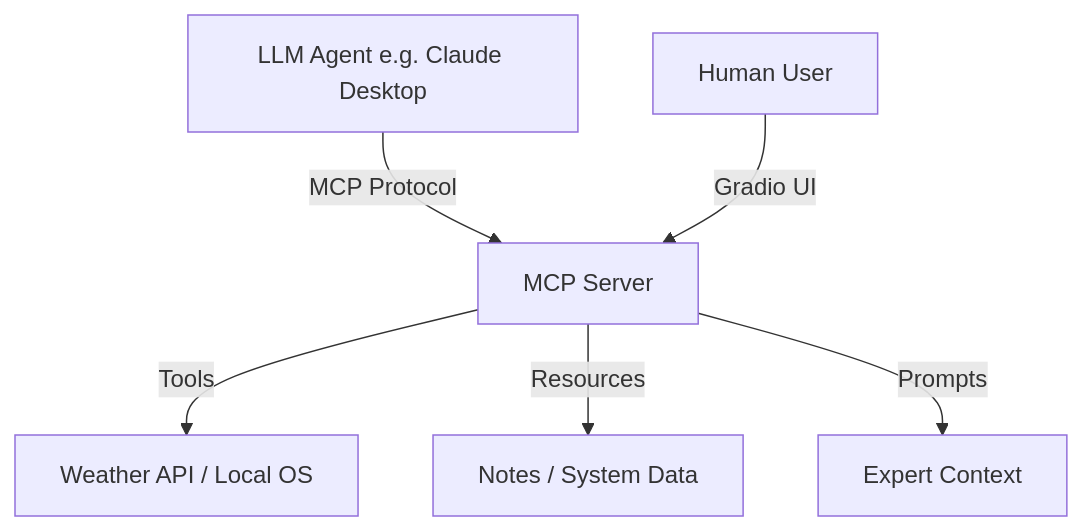
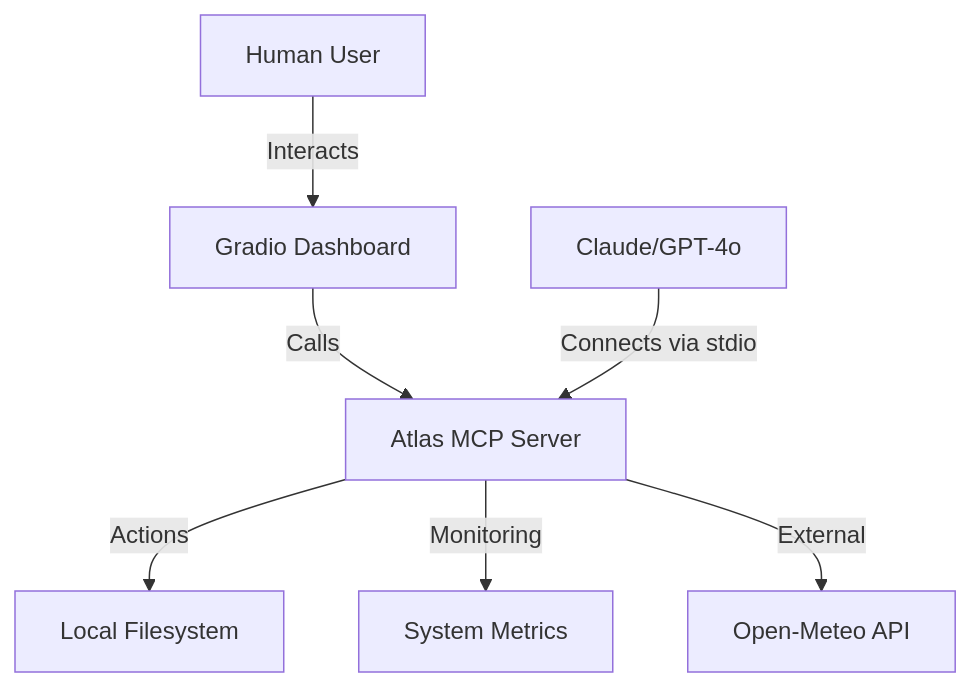
One commit to good2idnan/mcp-fundamentals-and-apps changed the diagram in README.md. Above: the diagram before and after it, drawn with Mermaid. The commit also changed other lines of this file and 2 other files, not shown here.

Commit message:
Launch Atlas: Agentic MCP Workspace Assistant

````diff
--- a/README.md
+++ b/README.md
@@ -30,8 +30,9 @@
 ```mermaid
 graph TD
-    A[LLM Agent e.g. Claude Desktop] -->|MCP Protocol| B[MCP Server]
-    B -->|Tools| C[Weather API / Local OS]
-    B -->|Resources| D[Notes / System Data]
-    B -->|Prompts| E[Expert Context]
-    F[Human User] -->|Gradio UI| B
+    User[Human User] -->|Interacts| UI[Gradio Dashboard]
+    UI -->|Calls| Server[Atlas MCP Server]
+    Agent[Claude/GPT-4o] -->|Connects via stdio| Server
+    Server -->|Actions| Files[Local Filesystem]
+    Server -->|Monitoring| Sys[System Metrics]
+    Server -->|External| Weather[Open-Meteo API]
 ```
````
